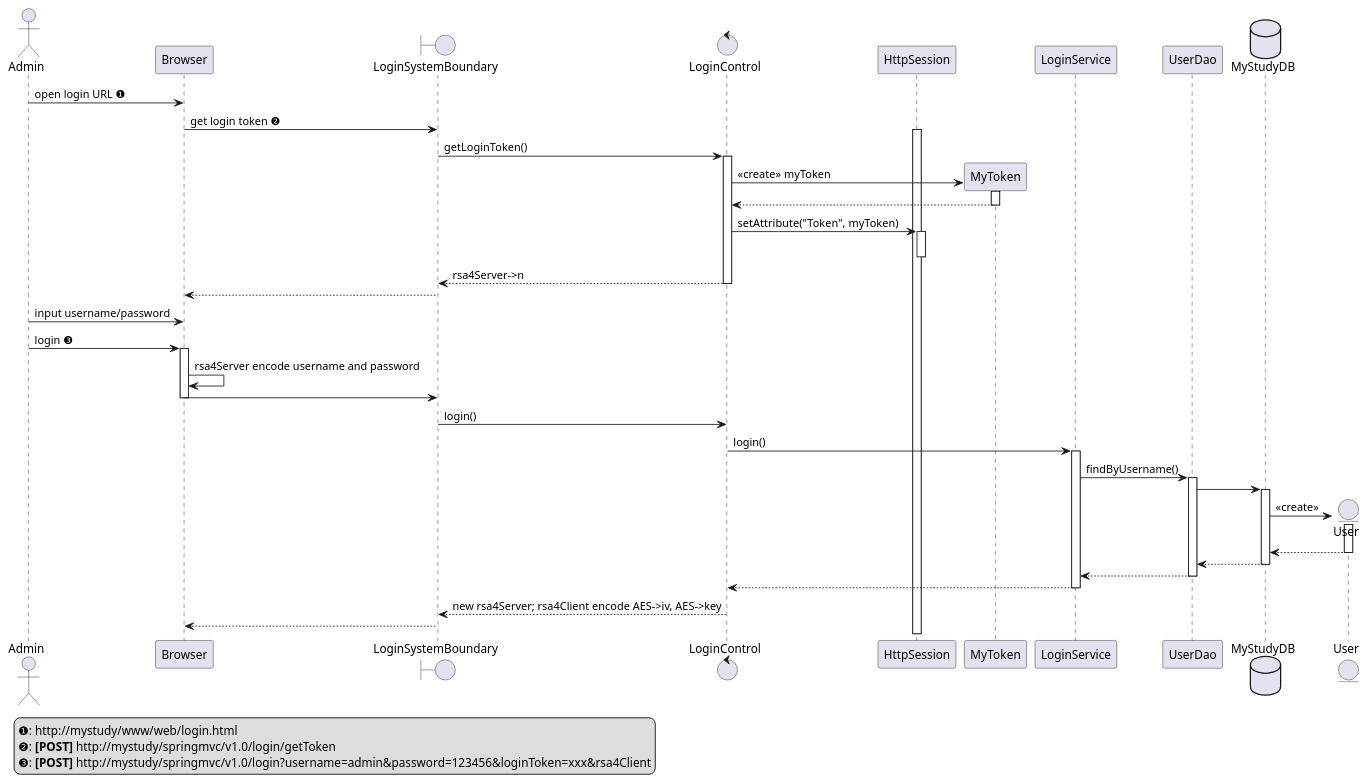
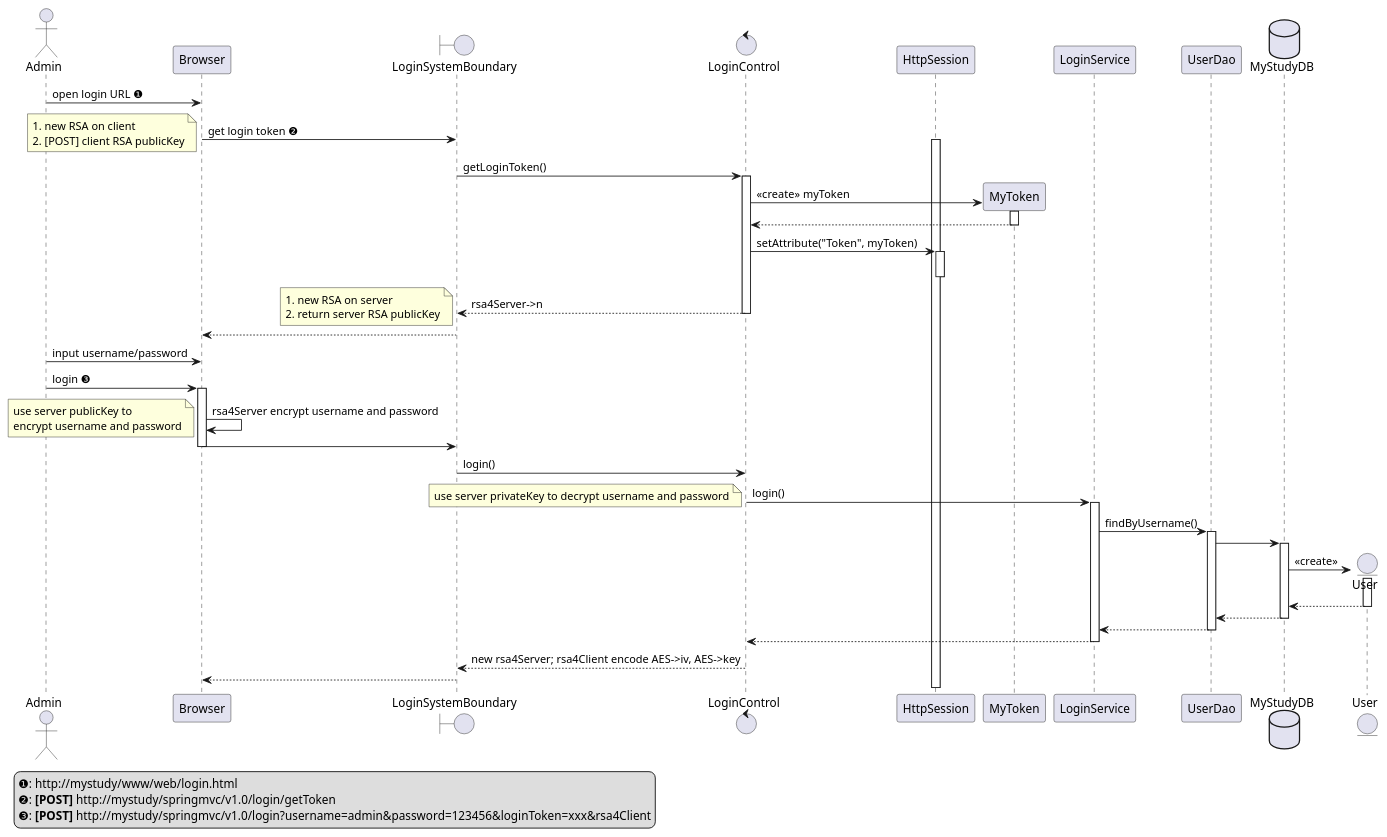
One commit to forsrc/MyStudy changed the diagram in src/main/doc/login.puml. Above: the diagram before and after it, drawn with PlantUML.

Commit message:
[DOC] login

```diff
--- a/src/main/doc/login.puml
+++ b/src/main/doc/login.puml
@@ -1,79 +1,94 @@
 @startuml
 
 actor Admin
 
     Admin -> Browser : open login URL ❶
 
 boundary LoginSystemBoundary
 
 
     Browser -> LoginSystemBoundary : get login token ❷
+    note left
+        1. new RSA on client
+        2. [POST] client RSA publicKey
+    end note
 
 control LoginControl
     activate HttpSession
 
 
     LoginSystemBoundary -> LoginControl : getLoginToken()
     activate LoginControl
         create MyToken
         LoginControl -> MyToken : <<create>> myToken
 
         activate MyToken
         MyToken --> LoginControl
         deactivate MyToken
 
 
         LoginControl -> HttpSession : setAttribute("Token", myToken)
         activate HttpSession
         deactivate HttpSession
     LoginControl --> LoginSystemBoundary : rsa4Server->n
+    note left
+        1. new RSA on server
+        2. return server RSA publicKey
+    end note
     deactivate LoginControl
     LoginSystemBoundary --> Browser
 
 
     Admin -> Browser : input username/password
 
     Admin -> Browser : login ❸
     activate Browser
-        Browser -> Browser : rsa4Server encode username and password
+        Browser -> Browser : rsa4Server encrypt username and password
+        note left
+            use server publicKey to
+            encrypt username and password
+        end note
     Browser -> LoginSystemBoundary
     deactivate Browser
 
     LoginSystemBoundary -> LoginControl : login()
 
     LoginControl -> LoginService : login()
+    note left
+         use server privateKey to decrypt username and password
+    end note
     activate LoginService
 
         LoginService -> UserDao : findByUsername()
         activate UserDao
             database MyStudyDB
             UserDao -> MyStudyDB
             activate MyStudyDB
                 create entity User
                 MyStudyDB -> User : <<create>>
                 activate User
                 User --> MyStudyDB
                 deactivate User
             MyStudyDB --> UserDao
             deactivate MyStudyDB
         UserDao --> LoginService
         deactivate UserDao
 
     LoginService --> LoginControl
     deactivate LoginService
 
     LoginControl --> LoginSystemBoundary : new rsa4Server; rsa4Client encode AES->iv, AES->key
 
     LoginSystemBoundary --> Browser
 
 
 legend left
 ❶: http://mystudy/www/web/login.html
 ❷: <b>[POST]</b> http://mystudy/springmvc/v1.0/login/getToken
 ❸: <b>[POST]</b> http://mystudy/springmvc/v1.0/login?username=admin&password=123456&loginToken=xxx&rsa4Client
 endlegend
 
 
 
 
 @enduml
```
